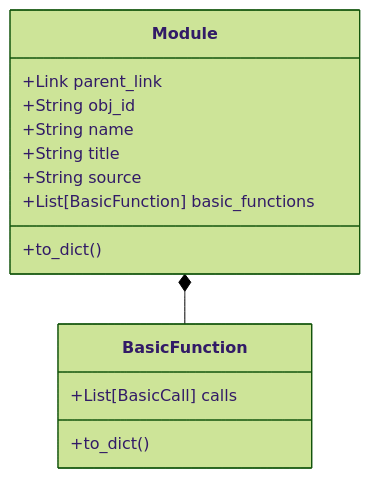
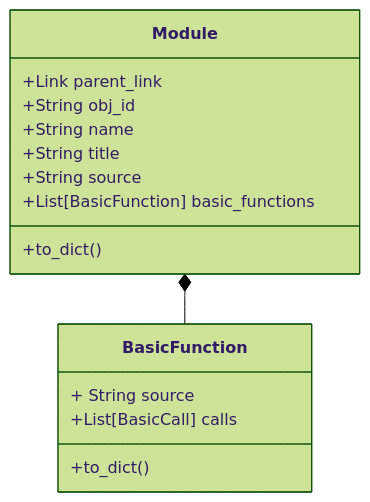
One commit to slspeek/odbinfo changed the first of 3 diagrams in doc/new_design_plan.md. Above: the diagram before and after it, drawn with Mermaid (forest theme). The commit also changed other lines of this file and 342 other files, not shown here.

````diff
--- a/doc/new_design_plan.md
+++ b/doc/new_design_plan.md
@@ -28,24 +32,25 @@
 ```mermaid
     classDiagram
     
     Module *-- BasicFunction
 
     class Module {
       +Link parent_link
       +String obj_id
       +String name
       +String title
 
       +String source
       +List[BasicFunction] basic_functions
 
       +to_dict()
     }
 
     class BasicFunction{
+    + String source
       +List[BasicCall] calls
       +to_dict()
     }
             
 
 ```
````
